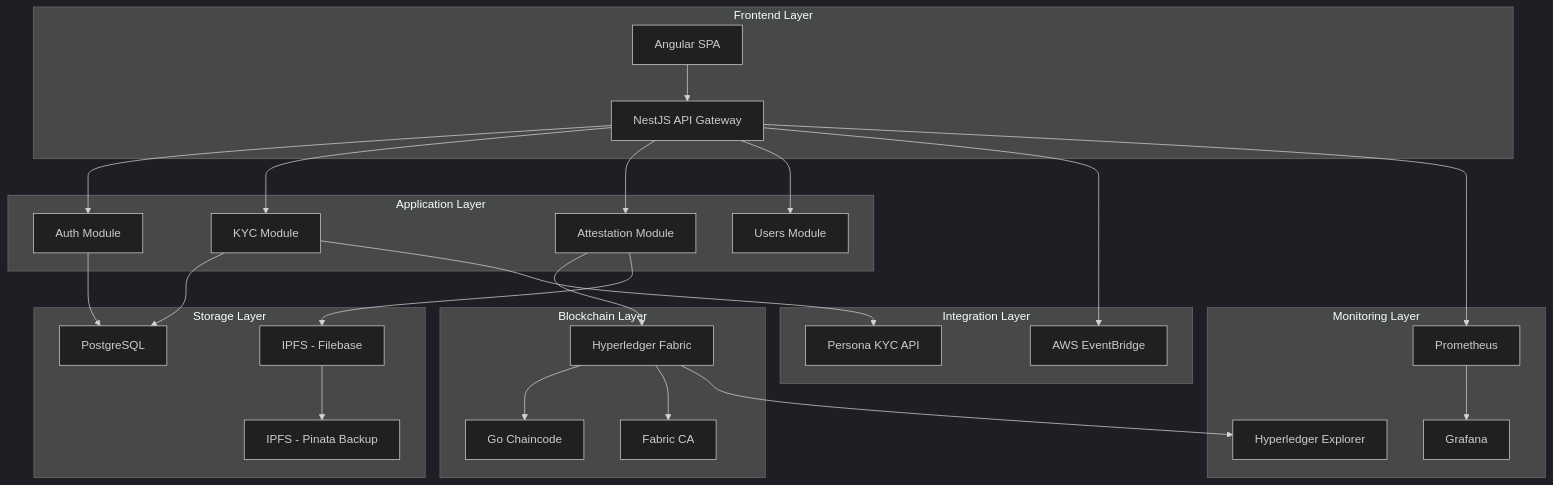
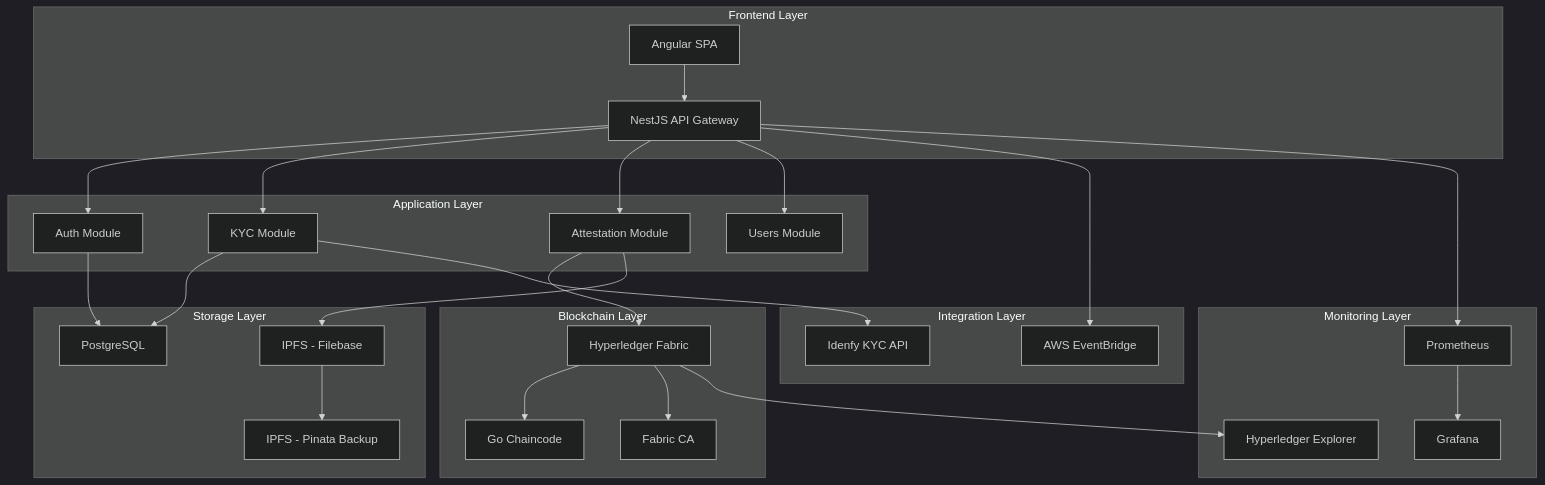
Before and after one commit to radmation/kyc-attestation-platform: the diagram in docs/TECHNICAL_SPECIFICATIONS.md, drawn with Mermaid (dark theme). The commit also changed 17 other files, not shown here.

First line of the commit message:
refactor: update all documentation from Persona to Idenfy KYC integration

````diff
--- a/docs/TECHNICAL_SPECIFICATIONS.md
+++ b/docs/TECHNICAL_SPECIFICATIONS.md
@@ -7,37 +7,37 @@
 ```mermaid
 graph TB
     subgraph "Frontend Layer"
         A[Angular SPA] --> B[NestJS API Gateway]
     end
     
     subgraph "Application Layer"
         B --> C[Auth Module]
         B --> D[KYC Module]
         B --> E[Attestation Module]
         B --> F[Users Module]
     end
     
     subgraph "Blockchain Layer"
         E --> G[Hyperledger Fabric]
         G --> H[Go Chaincode]
         G --> I[Fabric CA]
     end
     
     subgraph "Storage Layer"
         C --> J[PostgreSQL]
         D --> J
         E --> K[IPFS - Filebase]
         K --> L[IPFS - Pinata Backup]
     end
     
     subgraph "Integration Layer"
-        D --> M[Persona KYC API]
+        D --> M[Idenfy KYC API]
         B --> N[AWS EventBridge]
     end
     
     subgraph "Monitoring Layer"
         G --> O[Hyperledger Explorer]
         B --> P[Prometheus]
         P --> Q[Grafana]
     end
 ```
````
